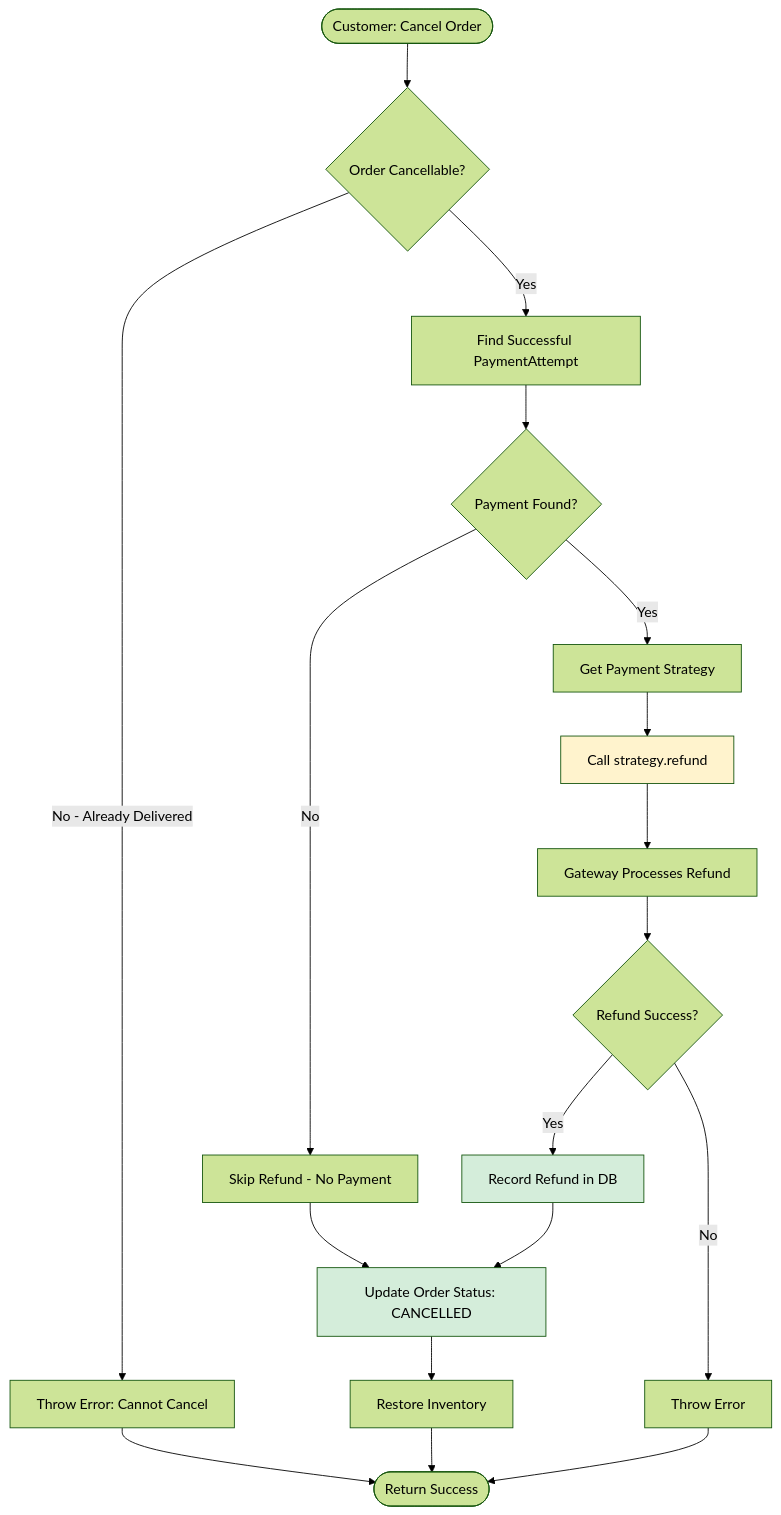
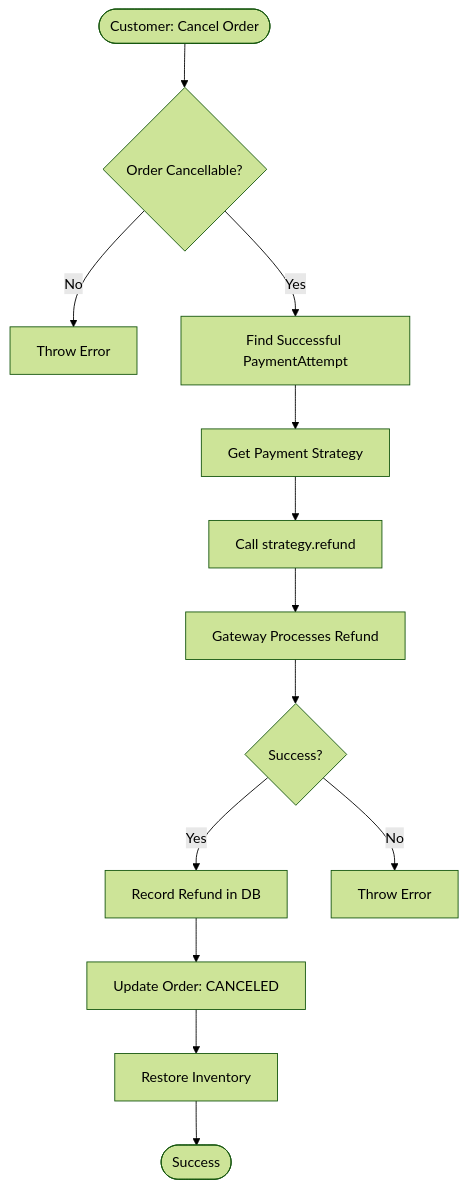
The fifth of 5 diagrams in docs/payment_gateway_design.md (RedaAwwad/Food-Delivery), drawn with Mermaid (forest theme) before and after one commit. The commit also changed other lines of this file and 6 other files, not shown here.

````diff
--- a/docs/payment_gateway_design.md
+++ b/docs/payment_gateway_design.md
@@ -593,31 +494,19 @@
 ```mermaid
 flowchart TD
     Start([Customer: Cancel Order]) --> Validate{Order Cancellable?}
     
-    Validate -->|No - Already Delivered| Reject[Throw Error: Cannot Cancel]
+    Validate -->|No| Reject[Throw Error]
     Validate -->|Yes| FindPayment[Find Successful PaymentAttempt]
     
-    FindPayment --> PaymentExists{Payment Found?}
-    PaymentExists -->|No| NoRefund[Skip Refund - No Payment]
-    PaymentExists -->|Yes| GetStrategy[Get Payment Strategy]
-    
+    FindPayment --> GetStrategy[Get Payment Strategy]
     GetStrategy --> CallRefund[Call strategy.refund]
     CallRefund --> Gateway[Gateway Processes Refund]
     
-    Gateway --> RefundSuccess{Refund Success?}
+    Gateway --> RefundSuccess{Success?}
     RefundSuccess -->|Yes| RecordRefund[Record Refund in DB]
     RefundSuccess -->|No| ThrowError[Throw Error]
     
-    RecordRefund --> UpdateOrder[Update Order Status: CANCELLED]
-    NoRefund --> UpdateOrder
-    
+    RecordRefund --> UpdateOrder[Update Order: CANCELED]
     UpdateOrder --> RestoreInventory[Restore Inventory]
-    RestoreInventory --> End([Return Success])
-    
-    Reject --> End
-    ThrowError --> End
-    
-    style CallRefund fill:#fff3cd
-    style RecordRefund fill:#d4edda
-    style UpdateOrder fill:#d4edda
+    RestoreInventory --> End([Success])
 ```
````
